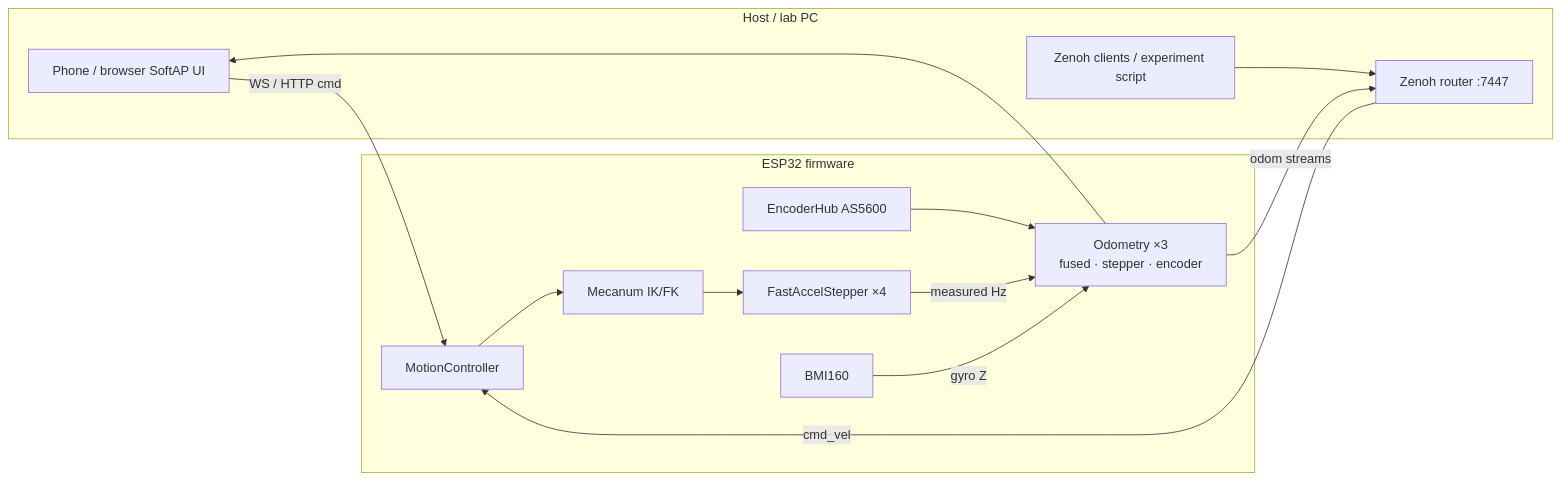
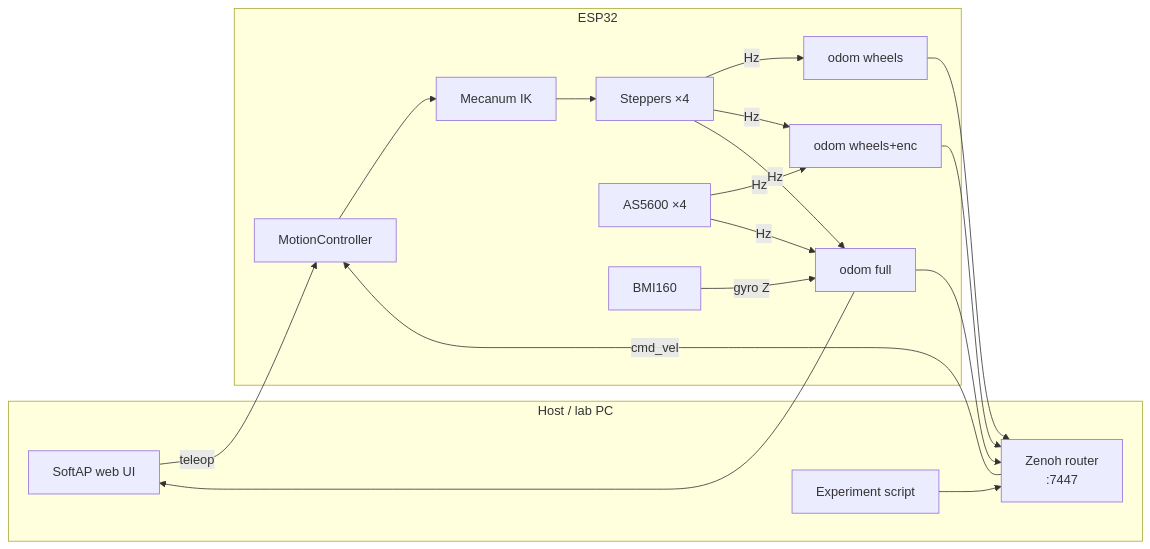
One commit to verlab/holodex changed the first of 3 diagrams in README.md. Above: the diagram before and after it, drawn with Mermaid. The commit also changed other lines of this file, not shown here.

First line of the commit message:
docs(readme): refresh mermaid for three odometry streams

````diff
--- a/README.md
+++ b/README.md
@@ -17,27 +18,33 @@
 ```mermaid
 flowchart LR
   subgraph Host["Host / lab PC"]
-    WEB["Phone / browser SoftAP UI"]
-    ZCLI["Zenoh clients / experiment script"]
-    ROUTER["Zenoh router :7447"]
+    WEB["SoftAP web UI"]
+    EXP["Experiment script"]
+    RTR["Zenoh router\n:7447"]
   end
 
-  subgraph ESP["ESP32 firmware"]
+  subgraph ESP["ESP32"]
     MC["MotionController"]
-    KIN["Mecanum IK/FK"]
-    ODOM["Odometry ×3\nfused · stepper · encoder"]
-    ENC["EncoderHub AS5600"]
+    KIN["Mecanum IK"]
+    FAS["Steppers ×4"]
+    ENC["AS5600 ×4"]
     IMU["BMI160"]
-    FAS["FastAccelStepper ×4"]
+    OW["odom wheels"]
+    OWE["odom wheels+enc"]
+    OF["odom full"]
   end
 
-  WEB -->|WS / HTTP cmd| MC
-  ZCLI --> ROUTER
-  ROUTER -->|cmd_vel| MC
+  WEB -->|teleop| MC
+  EXP --> RTR -->|cmd_vel| MC
   MC --> KIN --> FAS
-  ENC --> ODOM
-  FAS -->|measured Hz| ODOM
-  IMU -->|gyro Z| ODOM
-  ODOM -->|odom streams| ROUTER
-  ODOM --> WEB
+  FAS -->|Hz| OW
+  FAS -->|Hz| OWE
+  ENC -->|Hz| OWE
+  FAS -->|Hz| OF
+  ENC -->|Hz| OF
+  IMU -->|gyro Z| OF
+  OW --> RTR
+  OWE --> RTR
+  OF --> RTR
+  OF --> WEB
 ```
````
